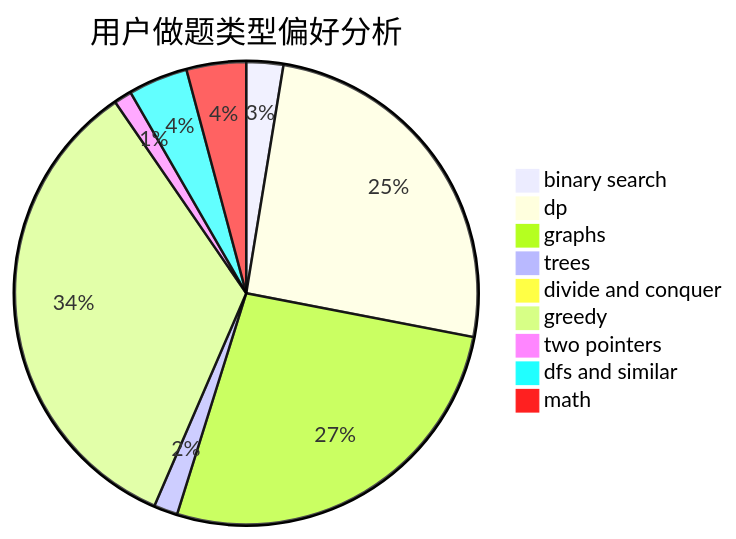
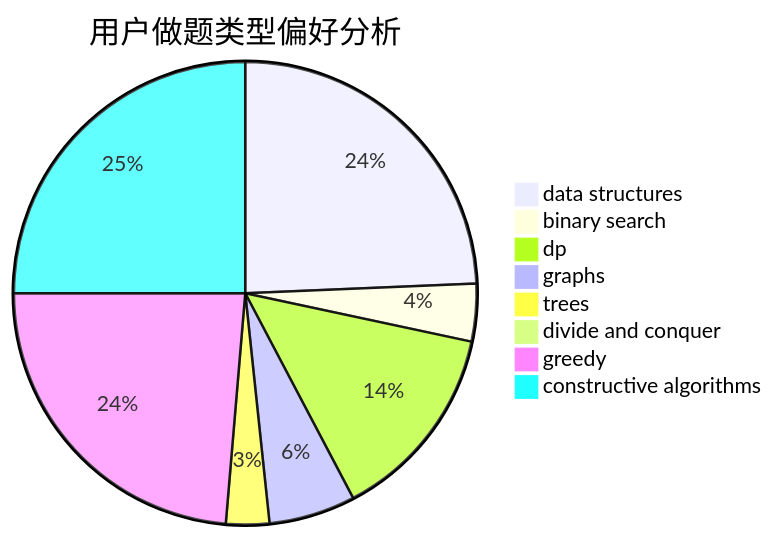
The second of 3 diagrams in docs/user/u2363.md (sherpahu/cfrs.github.io), drawn with Mermaid before and after one commit. The commit also changed other lines of this file and 2775 other files, not shown here.

````diff
--- a/docs/user/u2363.md
+++ b/docs/user/u2363.md
@@ -23,12 +23,11 @@
 ```mermaid
 pie title 用户做题类型偏好分析
-    "binary search" :  31
-    "dp" :  306
-    "graphs" :  322
-    "trees" :  20
-    "divide and conquer" :  3
-    "greedy" :  408
-    "two pointers" :  15
-    "dfs and similar" :  50
-    "math" :  50
+    "data structures" :  145
+    "binary search" :  24
+    "dp" :  83
+    "graphs" :  36
+    "trees" :  18
+    "divide and conquer" :  0
+    "greedy" :  141
+    "constructive algorithms" :  149
 ```
````
